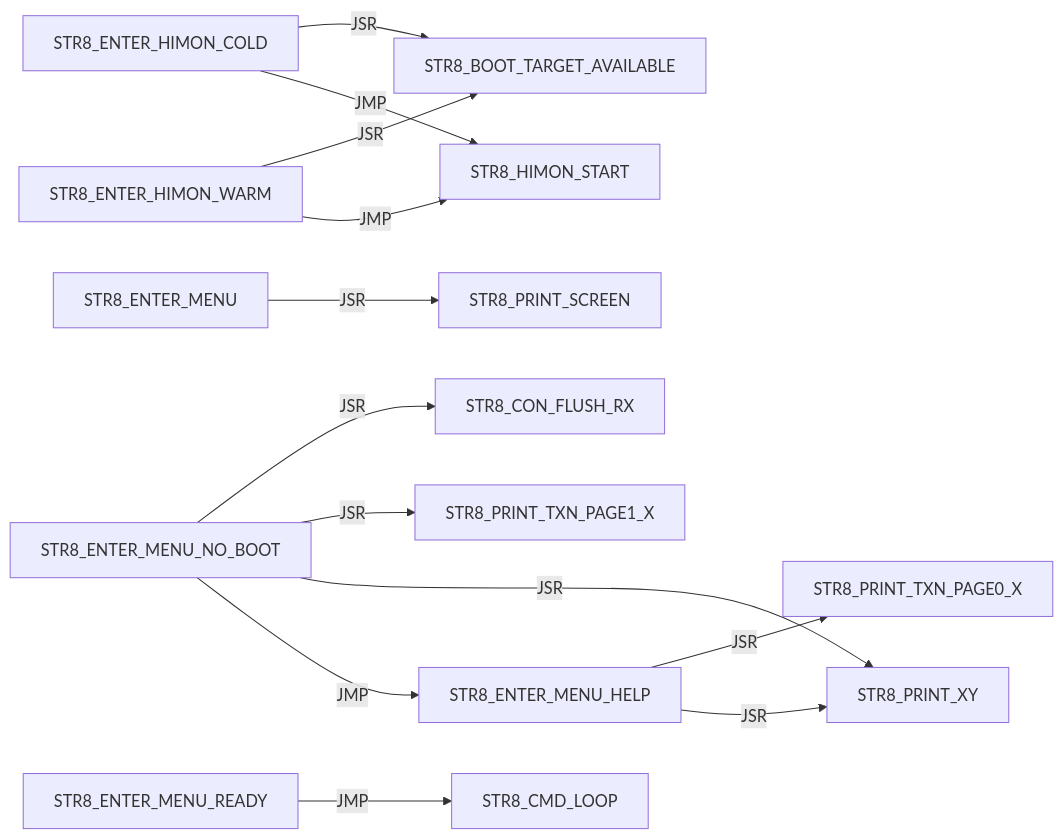
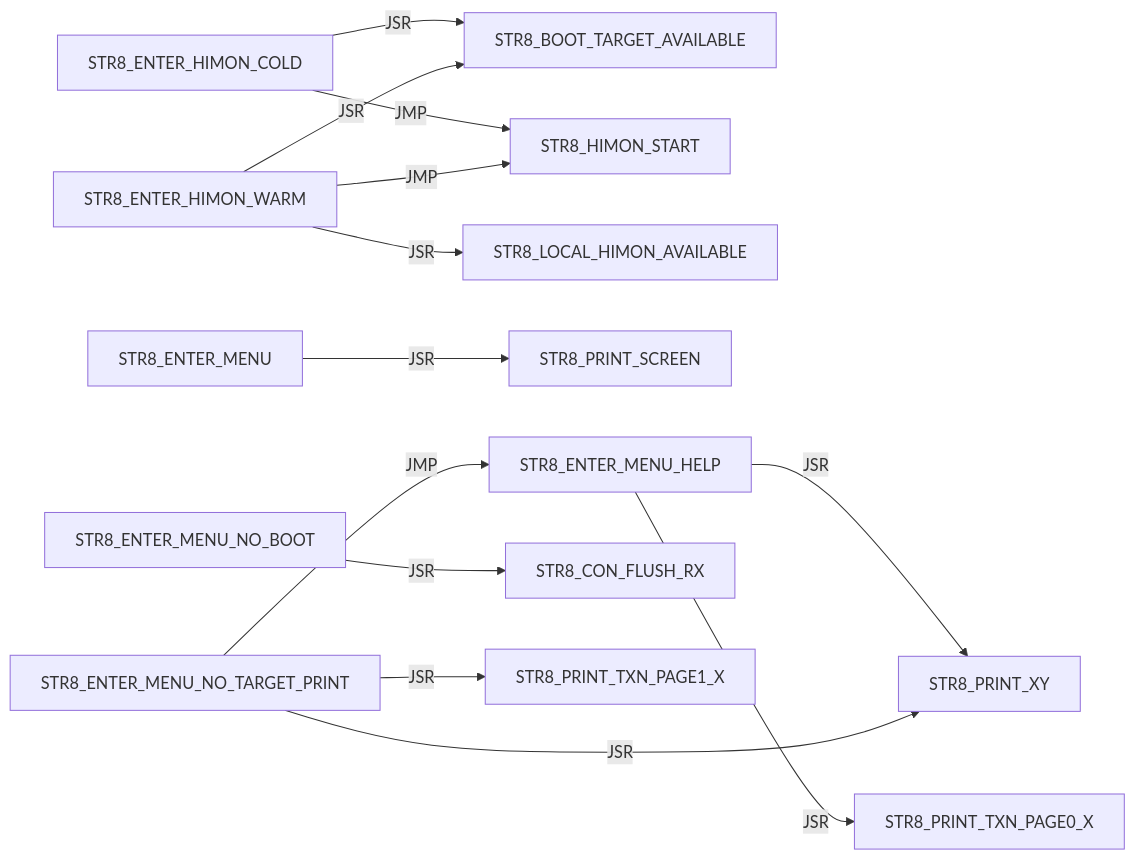
Diagram 13 of 43 in DOC/GUIDES/STR8/STR8_EDGE_DUMP.md (95westus/R-YORS), drawn with Mermaid before and after one commit. The commit also changed other lines of this file and 32 other files, not shown here.

Commit message:
STR8: require local HIMON identity for H

````diff
--- a/DOC/GUIDES/STR8/STR8_EDGE_DUMP.md
+++ b/DOC/GUIDES/STR8/STR8_EDGE_DUMP.md
@@ -181,15 +183,15 @@
 ```mermaid
 flowchart LR
     N0["STR8_ENTER_HIMON_COLD"] -->|JSR| N1["STR8_BOOT_TARGET_AVAILABLE"]
     N0["STR8_ENTER_HIMON_COLD"] -->|JMP| N2["STR8_HIMON_START"]
+    N3["STR8_ENTER_HIMON_WARM"] -->|JSR| N4["STR8_LOCAL_HIMON_AVAILABLE"]
     N3["STR8_ENTER_HIMON_WARM"] -->|JSR| N1["STR8_BOOT_TARGET_AVAILABLE"]
     N3["STR8_ENTER_HIMON_WARM"] -->|JMP| N2["STR8_HIMON_START"]
-    N4["STR8_ENTER_MENU"] -->|JSR| N5["STR8_PRINT_SCREEN"]
-    N6["STR8_ENTER_MENU_HELP"] -->|JSR| N7["STR8_PRINT_TXN_PAGE0_X"]
-    N6["STR8_ENTER_MENU_HELP"] -->|JSR| N8["STR8_PRINT_XY"]
-    N9["STR8_ENTER_MENU_NO_BOOT"] -->|JSR| N10["STR8_CON_FLUSH_RX"]
-    N9["STR8_ENTER_MENU_NO_BOOT"] -->|JSR| N11["STR8_PRINT_TXN_PAGE1_X"]
-    N9["STR8_ENTER_MENU_NO_BOOT"] -->|JSR| N8["STR8_PRINT_XY"]
-    N9["STR8_ENTER_MENU_NO_BOOT"] -->|JMP| N6["STR8_ENTER_MENU_HELP"]
-    N12["STR8_ENTER_MENU_READY"] -->|JMP| N13["STR8_CMD_LOOP"]
+    N5["STR8_ENTER_MENU"] -->|JSR| N6["STR8_PRINT_SCREEN"]
+    N7["STR8_ENTER_MENU_HELP"] -->|JSR| N8["STR8_PRINT_TXN_PAGE0_X"]
+    N7["STR8_ENTER_MENU_HELP"] -->|JSR| N9["STR8_PRINT_XY"]
+    N10["STR8_ENTER_MENU_NO_BOOT"] -->|JSR| N11["STR8_CON_FLUSH_RX"]
+    N12["STR8_ENTER_MENU_NO_TARGET_PRINT"] -->|JSR| N13["STR8_PRINT_TXN_PAGE1_X"]
+    N12["STR8_ENTER_MENU_NO_TARGET_PRINT"] -->|JSR| N9["STR8_PRINT_XY"]
+    N12["STR8_ENTER_MENU_NO_TARGET_PRINT"] -->|JMP| N7["STR8_ENTER_MENU_HELP"]
 ```
````
